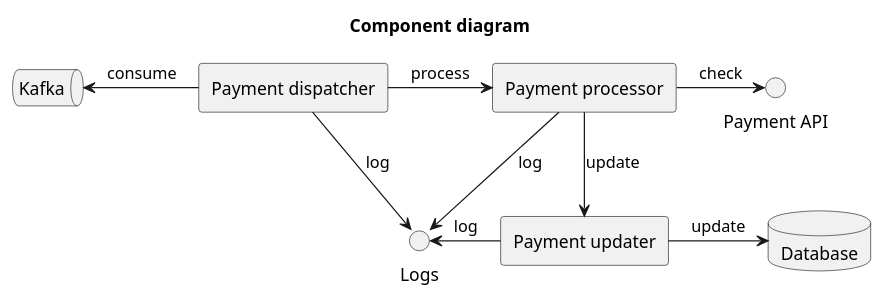
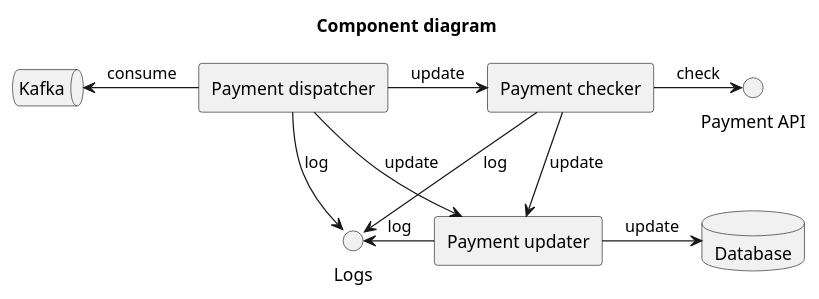
Before and after one commit to txor/acme-payment-system: the diagram in diagrams/components.puml, drawn with PlantUML. The commit also changed 2 other files, not shown here.

Commit message:
Updated design diagrams for a multipurpose Payment dispatcher.

```diff
--- a/diagrams/components.puml
+++ b/diagrams/components.puml
@@ -1,22 +1,23 @@
 @startuml
 
 Title Component diagram
 
 queue "Kafka" as K
 interface "Logs" as L
 interface "Payment API" as PA
 database "Database" as DB
 rectangle "Payment dispatcher" as PD
-rectangle "Payment processor" as PP
+rectangle "Payment checker" as PP
 rectangle "Payment updater" as PU
 
 K <- PD: consume
-PD -> PP: process
+PD -> PP: update
+PD -> PU: update
 PD --> L: log
 PP -> PA: check
 PP -> L: log
 PP --> PU: update
 PU -> DB: update
 L <- PU: log
 
 @enduml
```
